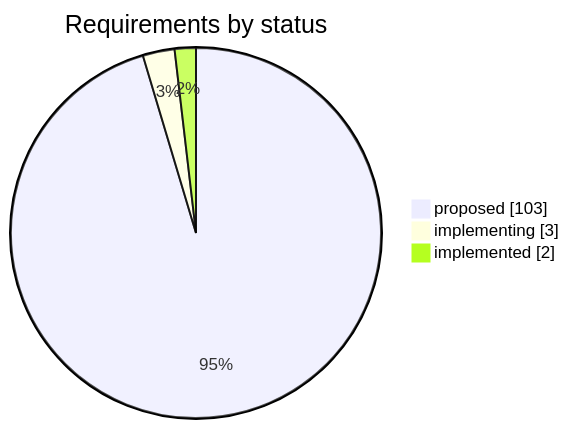
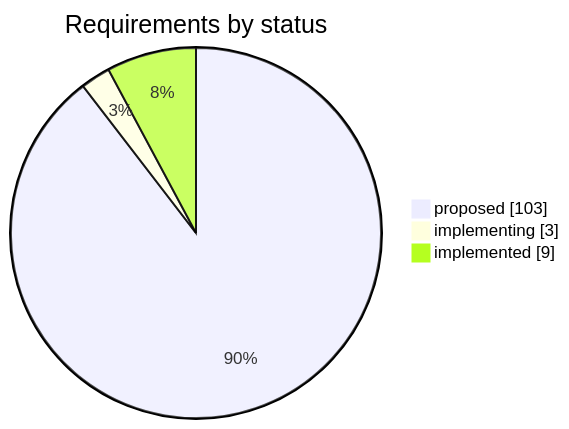
One commit to iammaxsu/automatic-testing-architecture changed the first of 2 diagrams in STATUS.md. Above: the diagram before and after it, drawn with Mermaid. The commit also changed other lines of this file and 9 other files, not shown here.

````diff
--- a/STATUS.md
+++ b/STATUS.md
@@ -25,6 +25,6 @@
 ```mermaid
 pie showData title Requirements by status
     "proposed" : 103
     "implementing" : 3
-    "implemented" : 2
+    "implemented" : 9
 ```
````
